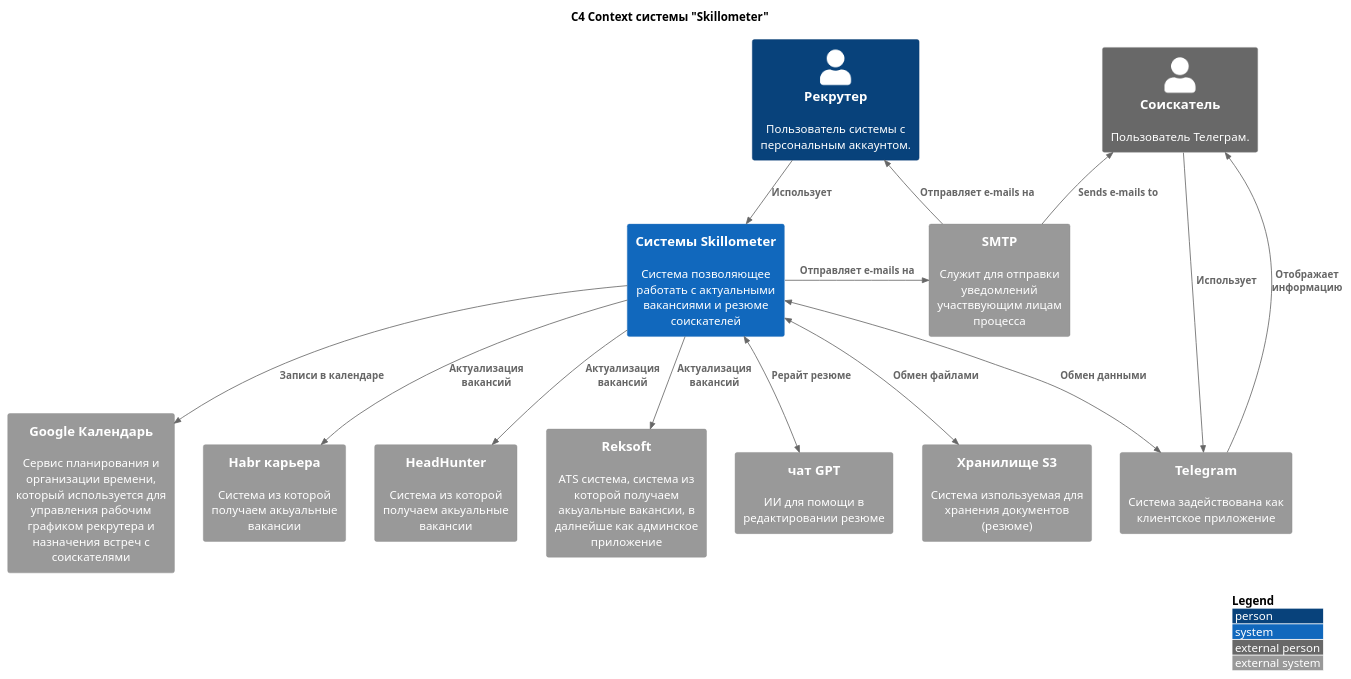
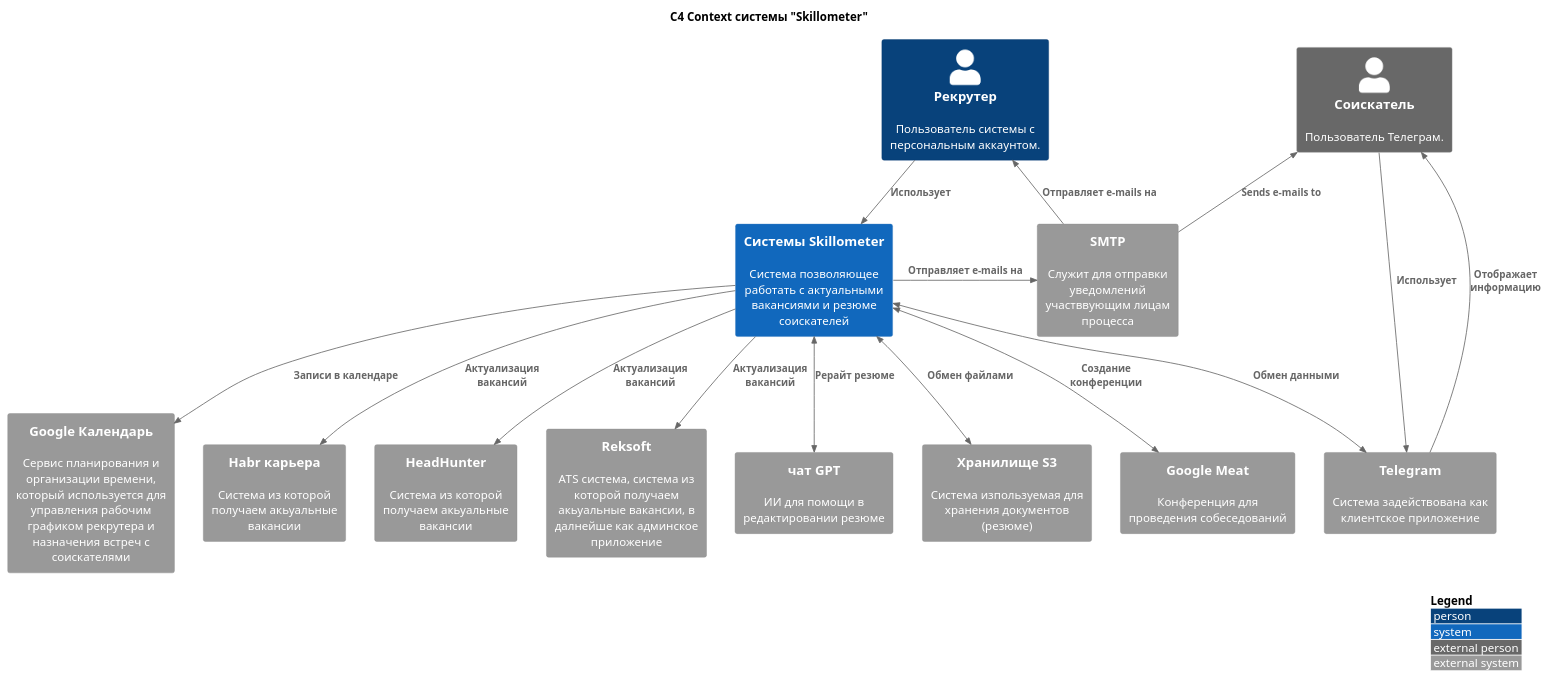
Before and after one commit to idev-present/skillometer: the diagram in docs/architecture/C4/C4_context.puml, drawn with PlantUML.

Commit message:
doc(c4): update external system google_meat

```diff
--- a/docs/architecture/C4/C4_context.puml
+++ b/docs/architecture/C4/C4_context.puml
@@ -1,37 +1,38 @@
 @startuml
 !include https://raw.githubusercontent.com/plantuml-stdlib/C4-PlantUML/master/C4_Context.puml
 ' uncomment the following line and comment the first to use locally
 ' !include C4_Context.puml
 
 LAYOUT_WITH_LEGEND()
 
 title C4 Context системы "Skillometer"
 
 Person(customer, "Рекрутер", "Пользователь системы с персональным аккаунтом.")
 Person_Ext(user, "Соискатель", "Пользователь Телеграм.")
 System(skillometer_system, "Системы Skillometer", "Система позволяющее работать с актуальными вакансиями и резюме соискателей")
 
 System_Ext(smtp, "SMTP", "Служит для отправки уведомлений участввующим лицам процесса")
 System_Ext(telegram, "Telegram", "Система задействована как клиентское приложение")
 System_Ext(google, "Google Календарь", "Сервис планирования и организации времени, который используется для управления рабочим графиком рекрутера и назначения встреч с соискателями")
 System_Ext(habr, "Habr карьера", "Система из которой получаем акьуальные вакансии")
 System_Ext(headhunter, "HeadHunter", "Система из которой получаем акьуальные вакансии")
 System_Ext(reksoft, "Reksoft", "ATS система, система из которой получаем акьуальные вакансии, в далнейше как админское приложение")
 System_Ext(gpt, "чат GPT", "ИИ для помощи в редактировании резюме")
 System_Ext(s3, "Хранилище S3", "Система изпользуемая для хранения документов (резюме)")
-
+System_Ext(google_meat, "Google Meat", "Конференция для проведения собеседований")
 
 Rel(customer, skillometer_system, "Использует")
 Rel_Back(customer, smtp, "Отправляет e-mails на")
 Rel_Back(user, smtp, "Sends e-mails to")
 Rel_Neighbor(skillometer_system, smtp, "Отправляет e-mails на")
 BiRel(skillometer_system, telegram, "Обмен данными")
 Rel(user, telegram, "Использует")
 Rel_Back(user, telegram, "Отображает информацию")
 Rel(skillometer_system, habr, "Актуализация вакансий")
 Rel(skillometer_system, headhunter, "Актуализация вакансий")
 Rel(skillometer_system, reksoft, "Актуализация вакансий")
 Rel(skillometer_system, google, "Записи в календаре")
 BiRel(skillometer_system, gpt, "Рерайт резюме")
 BiRel(skillometer_system, s3, "Обмен файлами")
+BiRel(skillometer_system, google_meat, "Создание конференции")
 @enduml
```
